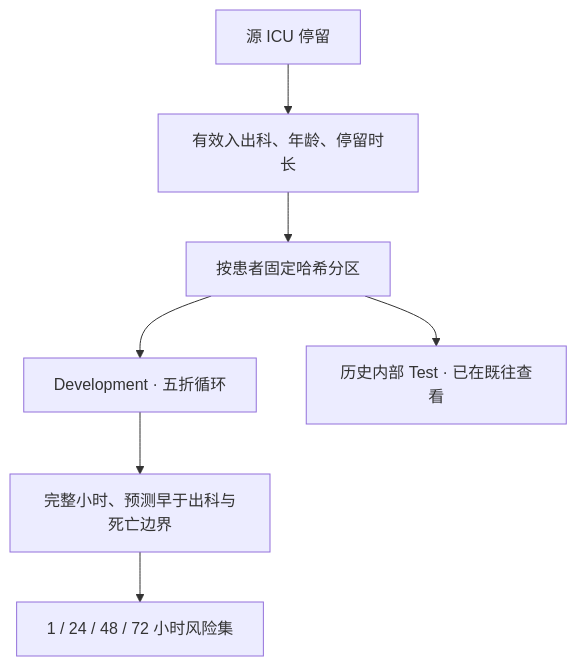
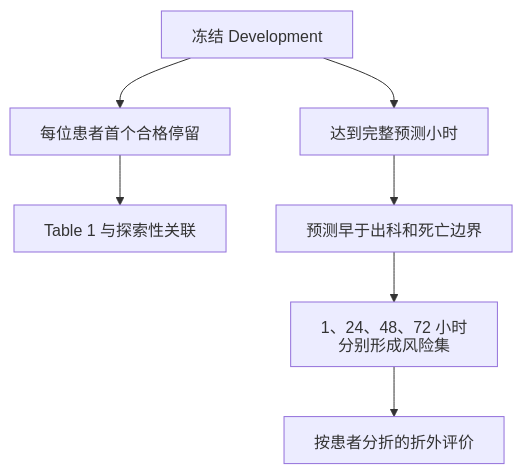
Before and after one commit to huhu-0026/icu-outcomes-analytics: the second of 2 diagrams in docs/public/research_design.md, drawn with Mermaid. The commit also changed other lines of this file and 17 other files, not shown here.

````diff
--- a/docs/public/research_design.md
+++ b/docs/public/research_design.md
@@ -16,9 +38,12 @@
 ```mermaid
-flowchart TD
-  A["源 ICU 停留"] --> B["有效入出科、年龄、停留时长"]
-  B --> C["按患者固定哈希分区"]
-  C --> D["Development · 五折循环"]
-  C --> E["历史内部 Test · 已在既往查看"]
-  D --> F["完整小时、预测早于出科与死亡边界"]
-  F --> G["1 / 24 / 48 / 72 小时风险集"]
+%%{init: {"htmlLabels": false, "flowchart": {"htmlLabels": false}}}%%
+flowchart TB
+  accTitle: Development 分析人群与时点风险集
+  accDescr: 基线统计使用每人首个合格停留，预测评价保留每个时点仍符合条件的停留。
+  development["冻结 Development"] --> index_stay["每位患者首个合格停留"]
+  index_stay --> descriptive["Table 1 与探索性关联"]
+  development --> eligible_hour["达到完整预测小时"]
+  eligible_hour --> event_boundary["预测早于出科和死亡边界"]
+  event_boundary --> risk_sets["1、24、48、72 小时<br/>分别形成风险集"]
+  risk_sets --> model_eval["按患者分折的折外评价"]
 ```
````
